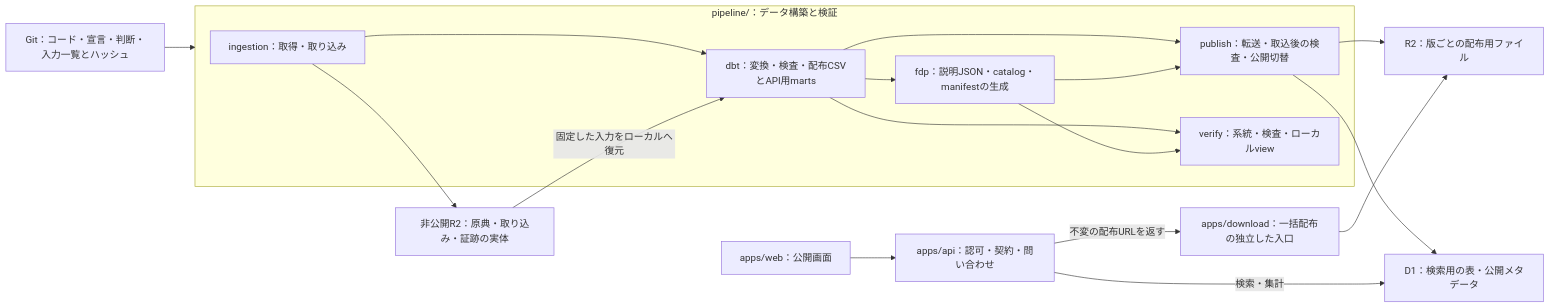
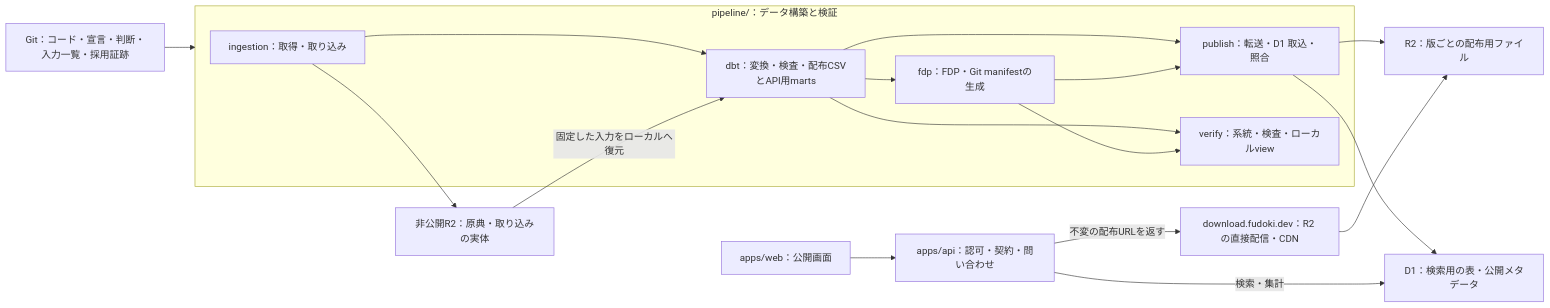
One commit to wwwyo/fudoki changed the diagram in docs/prd/monorepo/design-doc.md. Above: the diagram before and after it, drawn with Mermaid. The commit also changed other lines of this file and 652 other files, not shown here.

````diff
--- a/docs/prd/monorepo/design-doc.md
+++ b/docs/prd/monorepo/design-doc.md
@@ -26,21 +30,21 @@
 ```mermaid
 flowchart LR
   subgraph Pipeline["pipeline/：データ構築と検証"]
     I["ingestion：取得・取り込み"] --> D["dbt：変換・検査・配布CSVとAPI用marts"]
-    D --> F["fdp：説明JSON・catalog・manifestの生成"]
-    D --> P["publish：転送・取込後の検査・公開切替"]
+    D --> F["fdp：FDP・Git manifestの生成"]
+    D --> P["publish：転送・D1 取込・照合"]
     F --> P
     D --> V["verify：系統・検査・ローカルview"]
     F --> V
   end
-  G["Git：コード・宣言・判断・入力一覧とハッシュ"] --> Pipeline
-  I --> N["非公開R2：原典・取り込み・証跡の実体"]
+  G["Git：コード・宣言・判断・入力一覧・採用証跡"] --> Pipeline
+  I --> N["非公開R2：原典・取り込みの実体"]
   N -->|固定した入力をローカルへ復元| D
   P --> R["R2：版ごとの配布用ファイル"]
   P --> Q["D1：検索用の表・公開メタデータ"]
   A["apps/api：認可・契約・問い合わせ"]
   A -->|検索・集計| Q
-  B["apps/download：一括配布の独立した入口"] --> R
+  B["download.fudoki.dev：R2 の直接配信・CDN"] --> R
   A -->|不変の配布URLを返す| B
   W["apps/web：公開画面"] --> A
 ```
````
